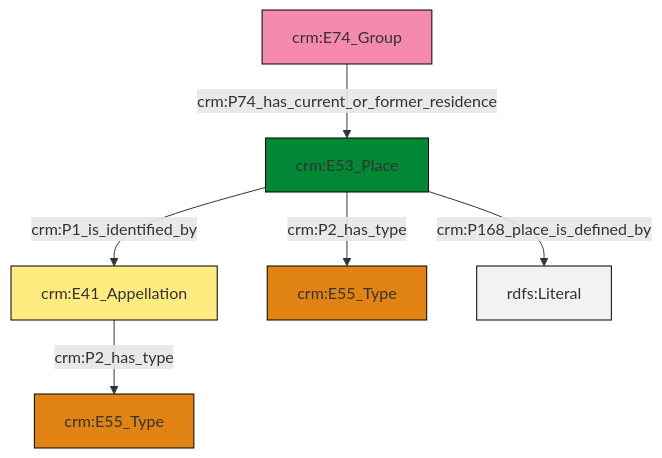
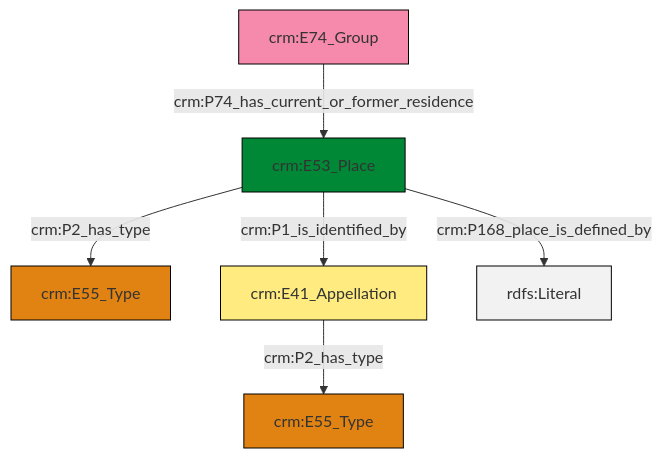
One commit to swiss-art-research-net/reference-data-models changed the diagram in et/groupCSV/ttl/mmd/group_location.ttl.mmd. Above: the diagram before and after it, drawn with Mermaid. The commit also changed 122 other files, not shown here.

```diff
--- a/et/groupCSV/ttl/mmd/group_location.ttl.mmd
+++ b/et/groupCSV/ttl/mmd/group_location.ttl.mmd
@@ -1,20 +1,20 @@
 graph TD
 classDef Literal fill:#f2f2f2,stroke:#000000;
 classDef CRM_Entity fill:#FFFFFF,stroke:#000000;
 classDef Temporal_Entity fill:#00C9E6, stroke:#000000;
 classDef Type fill:#E18312, stroke:#000000;
 classDef Time-Span fill:#2C9C91, stroke:#000000;
 classDef Appellation fill:#FFEB7F, stroke:#000000;
 classDef Place fill:#008836, stroke:#000000;
 classDef Persistent_Item fill:#B266B2, stroke:#000000;
 classDef Conceptual_Object fill:#FFD700, stroke:#000000;
 classDef Physical_Thing fill:#D2B48C, stroke:#000000;
 classDef Actor fill:#f58aad, stroke:#000000;
 classDef PC_Classes fill:#4ce600, stroke:#000000;
 classDef Multi fill:#cccccc,stroke:#000000;
 
-2["crm:E53_Place"]:::Place -->|crm:P1_is_identified_by| 0["crm:E41_Appellation"]:::Appellation
-2["crm:E53_Place"]:::Place -->|crm:P2_has_type| 6["crm:E55_Type"]:::Type
-4["crm:E74_Group"]:::Actor -->|crm:P74_has_current_or_former_residence| 2["crm:E53_Place"]:::Place
-0["crm:E41_Appellation"]:::Appellation -->|crm:P2_has_type| 8["crm:E55_Type"]:::Type
-2["crm:E53_Place"]:::Place -->|crm:P168_place_is_defined_by| 11[rdfs:Literal]:::Literal
+0["crm:E74_Group"]:::Actor -->|crm:P74_has_current_or_former_residence| 6["crm:E53_Place"]:::Place
+6["crm:E53_Place"]:::Place -->|crm:P1_is_identified_by| 4["crm:E41_Appellation"]:::Appellation
+4["crm:E41_Appellation"]:::Appellation -->|crm:P2_has_type| 7["crm:E55_Type"]:::Type
+6["crm:E53_Place"]:::Place -->|crm:P168_place_is_defined_by| 8[rdfs:Literal]:::Literal
+6["crm:E53_Place"]:::Place -->|crm:P2_has_type| 2["crm:E55_Type"]:::Type
```
